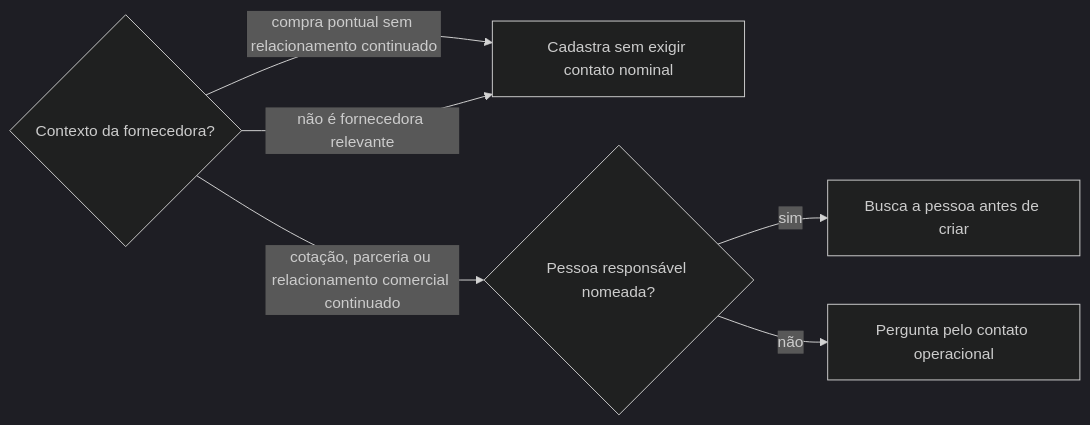
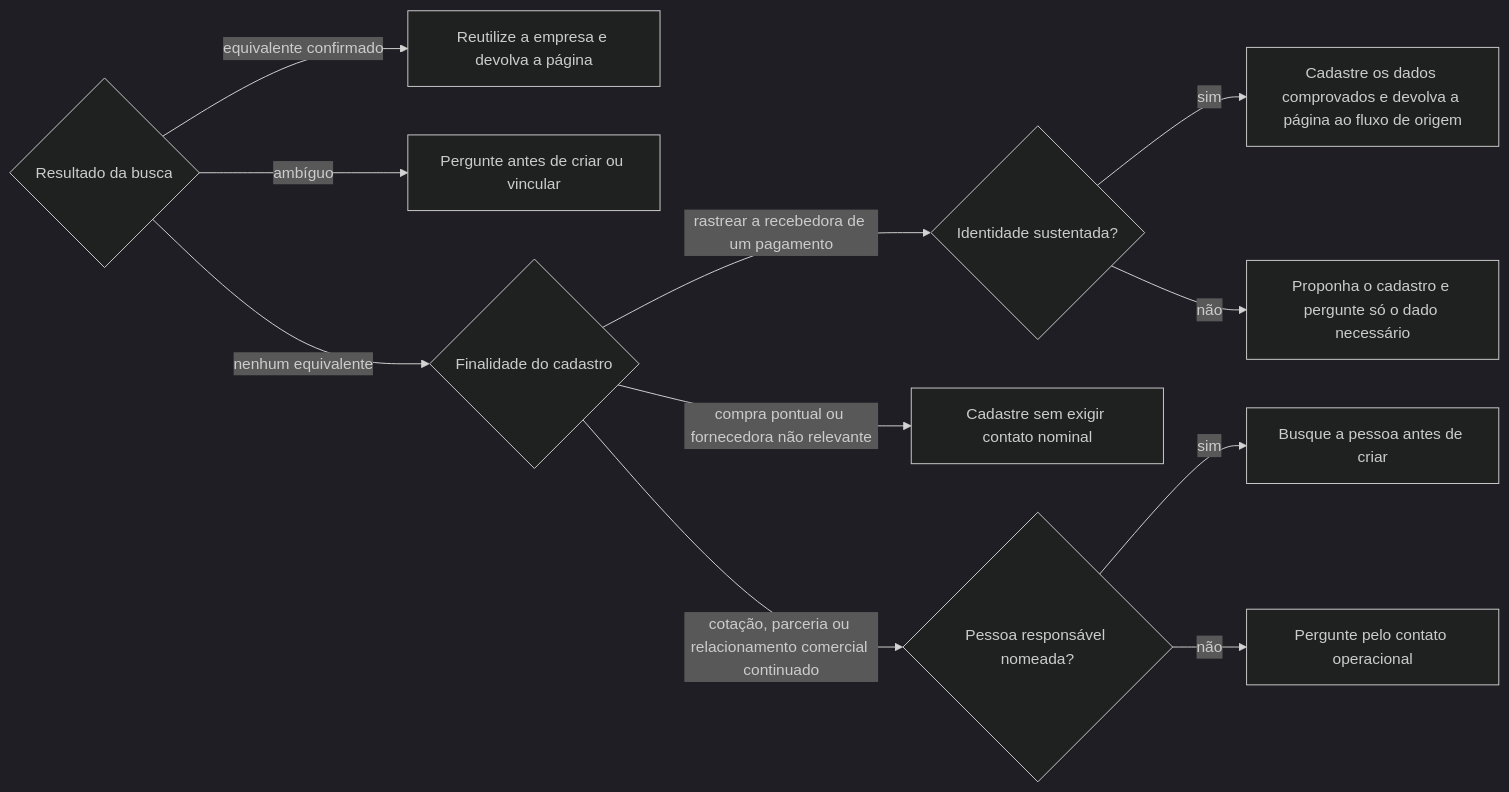
The second of 2 diagrams in .agents/skills/definir-empresa/SKILL.md (jimmyandrade/harness), drawn with Mermaid (dark theme) before and after one commit. The commit also changed other lines of this file and 5 other files, not shown here.

````diff
--- a/.agents/skills/definir-empresa/SKILL.md
+++ b/.agents/skills/definir-empresa/SKILL.md
@@ -42,8 +44,13 @@
 ```mermaid
 flowchart LR
-  A{Contexto da fornecedora?} -->|compra pontual sem relacionamento continuado| B[Cadastra sem exigir contato nominal]
-  A -->|cotação, parceria ou relacionamento comercial continuado| C{Pessoa responsável nomeada?}
-  A -->|não é fornecedora relevante| B
-  C -->|sim| D[Busca a pessoa antes de criar]
-  C -->|não| E[Pergunta pelo contato operacional]
+  A{Resultado da busca} -->|equivalente confirmado| R[Reutilize a empresa e devolva a página]
+  A -->|ambíguo| D[Pergunte antes de criar ou vincular]
+  A -->|nenhum equivalente| F{Finalidade do cadastro}
+  F -->|rastrear a recebedora de um pagamento| B{Identidade sustentada?}
+  B -->|sim| C[Cadastre os dados comprovados e devolva a página ao fluxo de origem]
+  B -->|não| P[Proponha o cadastro e pergunte só o dado necessário]
+  F -->|compra pontual ou fornecedora não relevante| S[Cadastre sem exigir contato nominal]
+  F -->|cotação, parceria ou relacionamento comercial continuado| E{Pessoa responsável nomeada?}
+  E -->|sim| G[Busque a pessoa antes de criar]
+  E -->|não| H[Pergunte pelo contato operacional]
 ```
````
